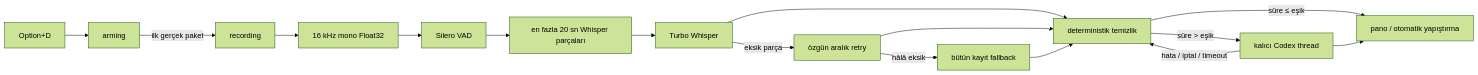
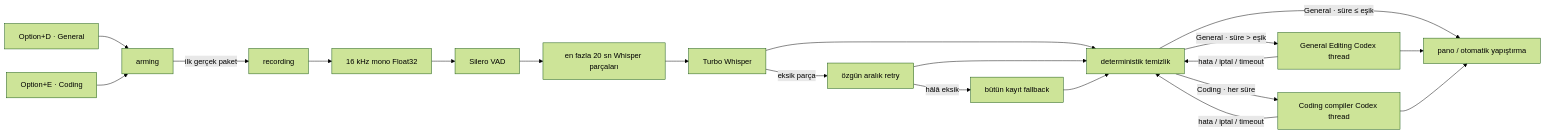
One commit to Turkerdeniz/dikte-native changed the diagram in docs/ARCHITECTURE.md. Above: the diagram before and after it, drawn with Mermaid (forest theme). The commit also changed other lines of this file and 22 other files, not shown here.

````diff
--- a/docs/ARCHITECTURE.md
+++ b/docs/ARCHITECTURE.md
@@ -16,18 +16,22 @@
 ```mermaid
 flowchart LR
-    A[Option+D] --> B[arming]
+    A[Option+D · General] --> B[arming]
+    A2[Option+E · Coding] --> B
     B -->|ilk gerçek paket| C[recording]
     C --> D[16 kHz mono Float32]
     D --> E[Silero VAD]
     E --> F[en fazla 20 sn Whisper parçaları]
     F --> G[Turbo Whisper]
     G -->|eksik parça| H[özgün aralık retry]
     H -->|hâlâ eksik| I[bütün kayıt fallback]
     G --> J[deterministik temizlik]
     H --> J
     I --> J
-    J -->|süre ≤ eşik| K[pano / otomatik yapıştırma]
-    J -->|süre > eşik| L[kalıcı Codex thread]
+    J -->|General · süre ≤ eşik| K[pano / otomatik yapıştırma]
+    J -->|General · süre > eşik| L[General Editing Codex thread]
+    J -->|Coding · her süre| L2[Coding compiler Codex thread]
     L --> K
+    L2 --> K
     L -->|hata / iptal / timeout| J
+    L2 -->|hata / iptal / timeout| J
 ```
````
